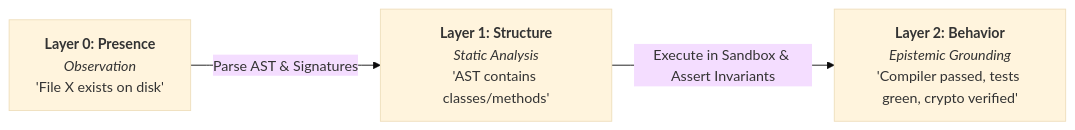
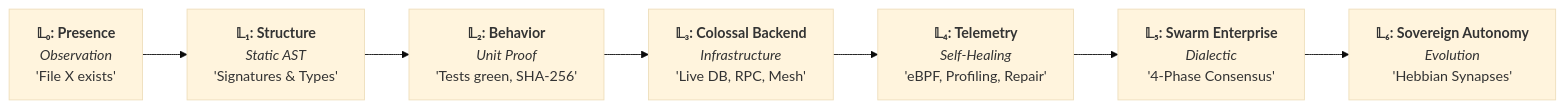
Before and after one commit to GlacierEQ/apex-core: the first of 3 diagrams in AGENTS.md, drawn with Mermaid (base theme). The commit also changed other lines of this file and 2 other files, not shown here.

Commit message:
feat(holographic-mesh): establish Omniversal Holographic Mesh standard, eliminate canonical hierarchy, and pass 100% 38-point foundation audit

````diff
--- a/AGENTS.md
+++ b/AGENTS.md
@@ -49,9 +49,12 @@
 ```mermaid
 graph LR
-    L0["<b>Layer 0: Presence</b><br/><i>Observation</i><br/>'File X exists on disk'"]
-    L1["<b>Layer 1: Structure</b><br/><i>Static Analysis</i><br/>'AST contains classes/methods'"]
-    L2["<b>Layer 2: Behavior</b><br/><i>Epistemic Grounding</i><br/>'Compiler passed, tests green, crypto verified'"]
+    L0["<b>𝕃₀: Presence</b><br/><i>Observation</i><br/>'File X exists'"]
+    L1["<b>𝕃₁: Structure</b><br/><i>Static AST</i><br/>'Signatures & Types'"]
+    L2["<b>𝕃₂: Behavior</b><br/><i>Unit Proof</i><br/>'Tests green, SHA-256'"]
+    L3["<b>𝕃₃: Colossal Backend</b><br/><i>Infrastructure</i><br/>'Live DB, RPC, Mesh'"]
+    L4["<b>𝕃₄: Telemetry</b><br/><i>Self-Healing</i><br/>'eBPF, Profiling, Repair'"]
+    L5["<b>𝕃₅: Swarm Enterprise</b><br/><i>Dialectic</i><br/>'4-Phase Consensus'"]
+    L6["<b>𝕃₆: Sovereign Autonomy</b><br/><i>Evolution</i><br/>'Hebbian Synapses'"]
 
-    L0 -->|Parse AST & Signatures| L1
-    L1 -->|Execute in Sandbox & Assert Invariants| L2
+    L0 --> L1 --> L2 --> L3 --> L4 --> L5 --> L6
 ```
````
